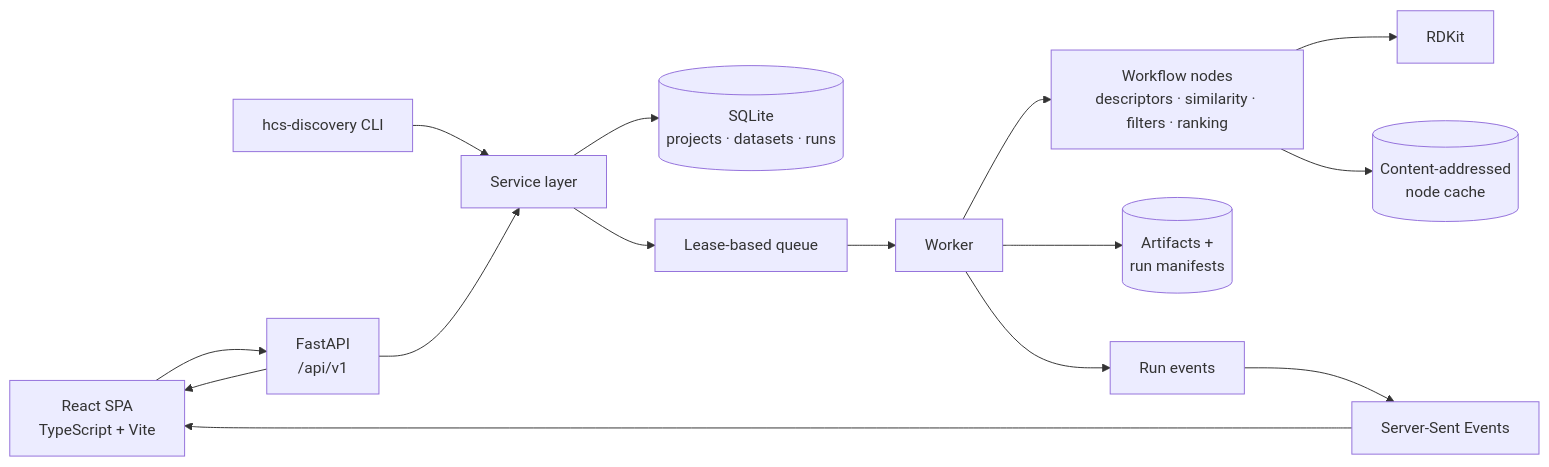
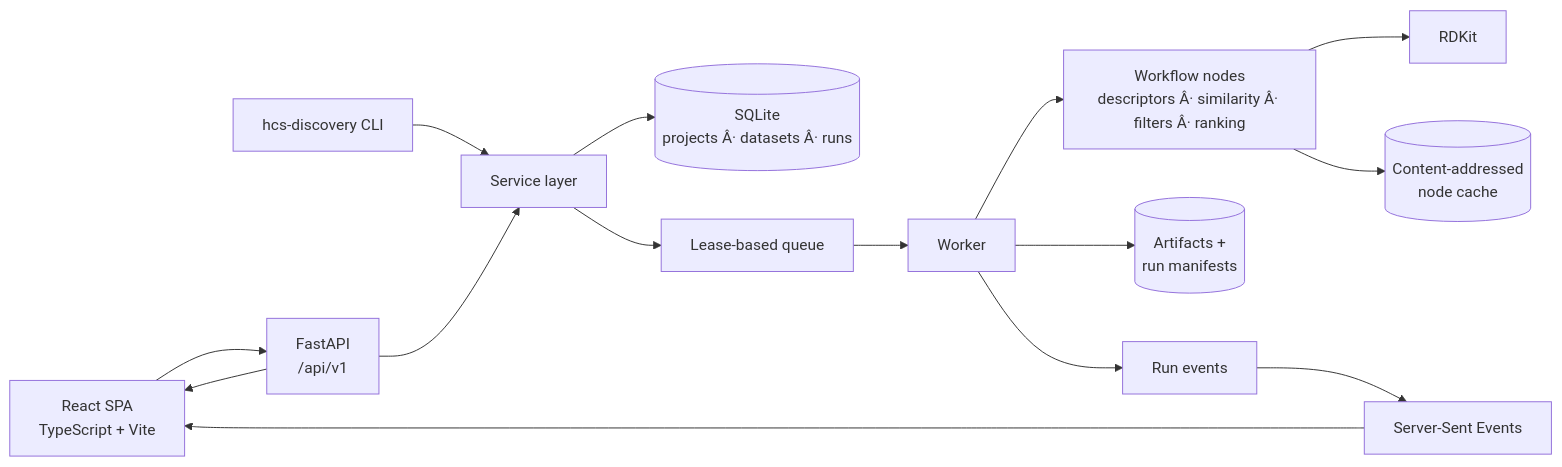
One commit to timfromhcs/hcs-discovery-studio changed the diagram in README.md. Above: the diagram before and after it, drawn with Mermaid. The commit also changed other lines of this file and 42 other files, not shown here.

````diff
--- a/README.md
+++ b/README.md
@@ -169,17 +191,17 @@
 ```mermaid
 flowchart LR
     UI["React SPA<br/>TypeScript + Vite"] --> API["FastAPI<br/>/api/v1"]
     CLI["hcs-discovery CLI"] --> SVC["Service layer"]
     API --> SVC
-    SVC --> DB[("SQLite<br/>projects · datasets · runs")]
+    SVC --> DB[("SQLite<br/>projects Â· datasets Â· runs")]
     SVC --> Q["Lease-based queue"]
     Q --> W["Worker"]
-    W --> N["Workflow nodes<br/>descriptors · similarity · filters · ranking"]
+    W --> N["Workflow nodes<br/>descriptors Â· similarity Â· filters Â· ranking"]
     N --> RDKIT["RDKit"]
     N --> CACHE[("Content-addressed<br/>node cache")]
     W --> ART[("Artifacts +<br/>run manifests")]
     W --> EV["Run events"]
     EV --> SSE["Server-Sent Events"]
     SSE --> UI
     API --> UI
 ```
````
